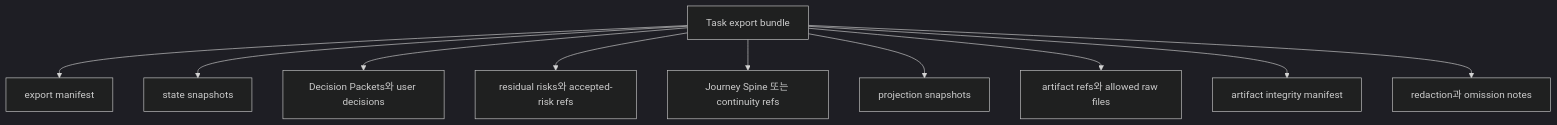
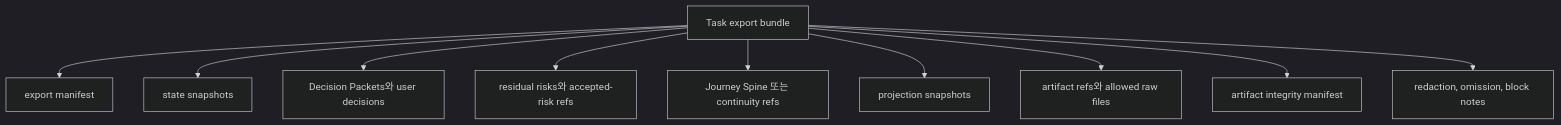
The tenth of 14 diagrams in docs/ko/reference/operations-and-conformance.md (minjungw00/Volicord), drawn with Mermaid (dark theme) before and after one commit. The commit also changed other lines of this file and 9 other files, not shown here.

````diff
--- a/docs/ko/reference/operations-and-conformance.md
+++ b/docs/ko/reference/operations-and-conformance.md
@@ -382,12 +384,12 @@
 ```mermaid
 flowchart TD
   Export["Task export bundle"] --> Manifest["export manifest"]
   Export --> State["state snapshots"]
   Export --> Decisions["Decision Packets와 user decisions"]
   Export --> Risks["residual risks와 accepted-risk refs"]
   Export --> Journey["Journey Spine 또는 continuity refs"]
   Export --> Projections["projection snapshots"]
   Export --> Artifacts["artifact refs와 allowed raw files"]
   Export --> Integrity["artifact integrity manifest"]
-  Export --> Redaction["redaction과 omission notes"]
+  Export --> Redaction["redaction, omission, block notes"]
 ```
````
